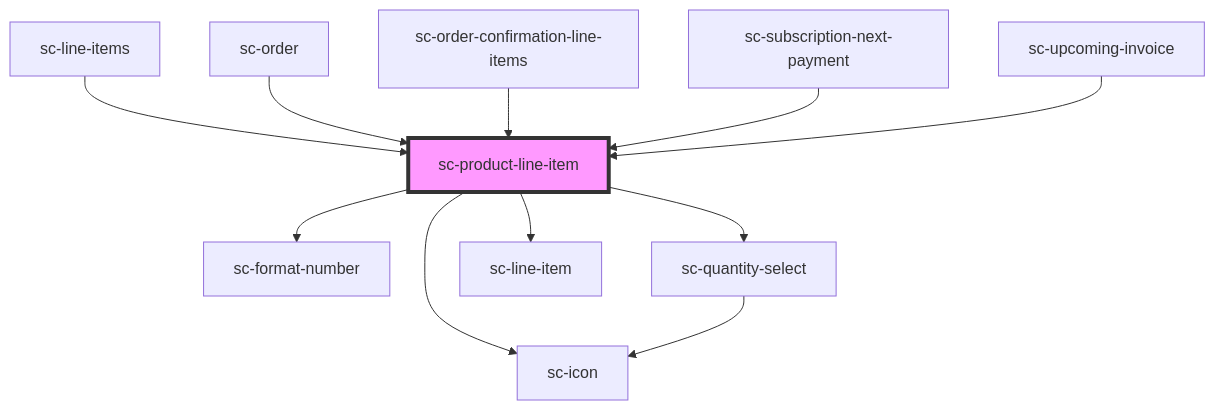
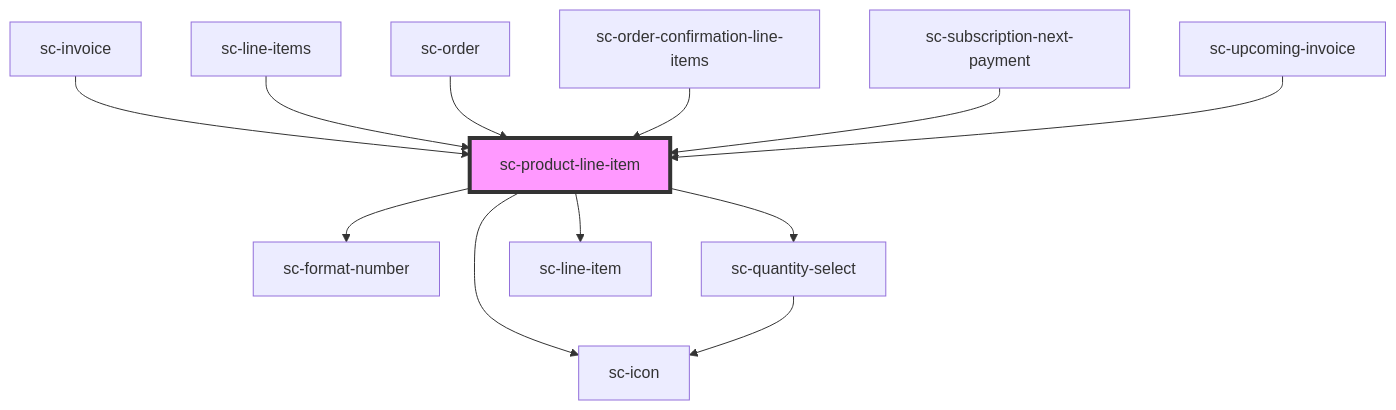
Before and after one commit to surecart/surecart-wp-plugin: the diagram in packages/components/src/components/ui/product-line-item/readme.md, drawn with Mermaid. The commit also changed other lines of this file and 46 other files, not shown here.

````diff
--- a/packages/components/src/components/ui/product-line-item/readme.md
+++ b/packages/components/src/components/ui/product-line-item/readme.md
@@ -85,14 +86,15 @@
 ```mermaid
 graph TD;
   sc-product-line-item --> sc-format-number
   sc-product-line-item --> sc-quantity-select
   sc-product-line-item --> sc-icon
   sc-product-line-item --> sc-line-item
   sc-quantity-select --> sc-icon
+  sc-invoice --> sc-product-line-item
   sc-line-items --> sc-product-line-item
   sc-order --> sc-product-line-item
   sc-order-confirmation-line-items --> sc-product-line-item
   sc-subscription-next-payment --> sc-product-line-item
   sc-upcoming-invoice --> sc-product-line-item
   style sc-product-line-item fill:#f9f,stroke:#333,stroke-width:4px
 ```
````
